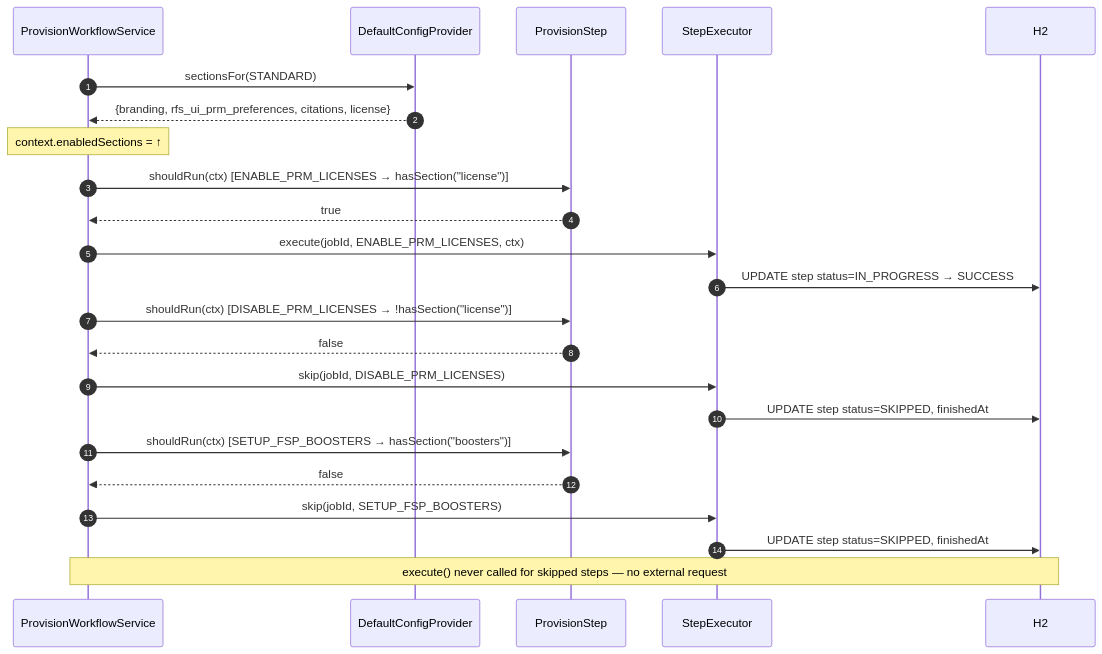
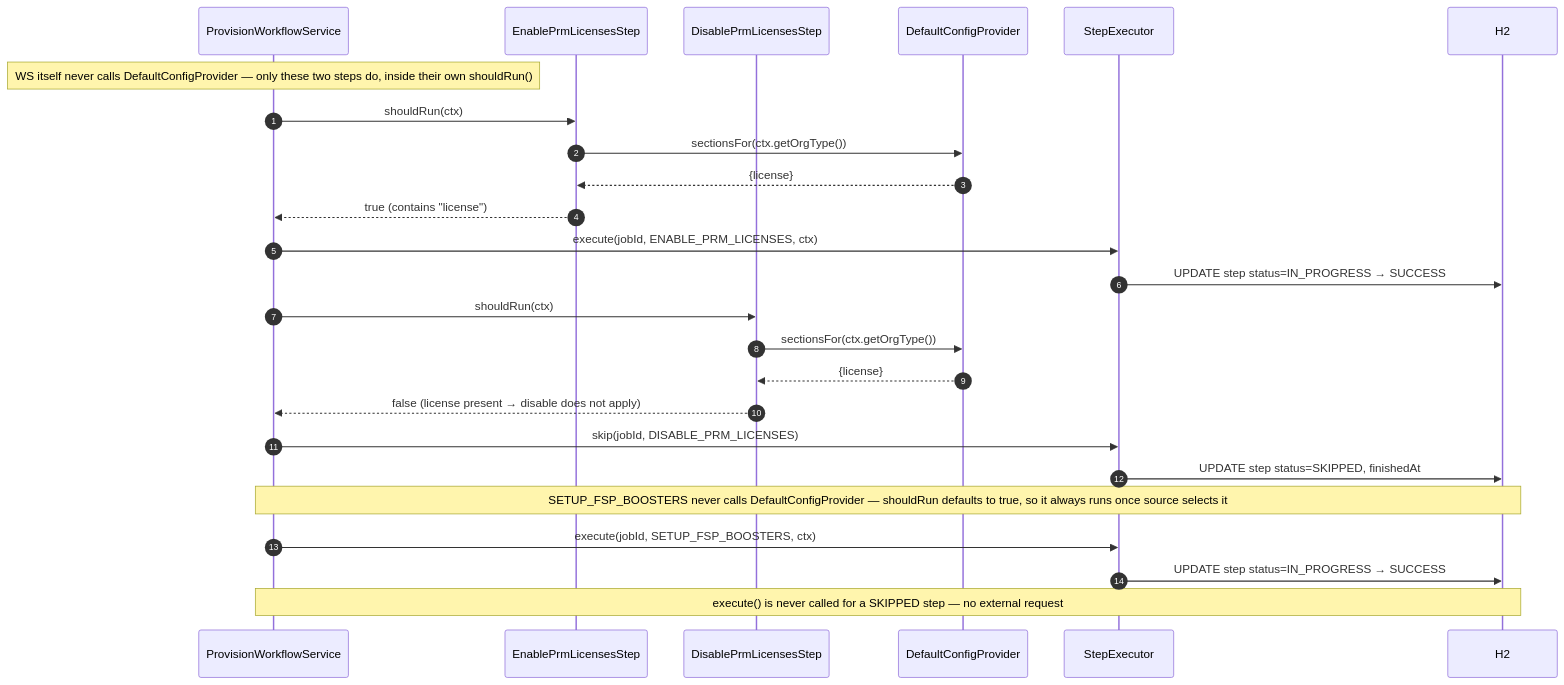
One commit to bora-arch/create-org-poc changed the eighth of 9 diagrams in docs/diagrams.md. Above: the diagram before and after it, drawn with Mermaid. The commit also changed other lines of this file and 19 other files, not shown here.

````diff
--- a/docs/diagrams.md
+++ b/docs/diagrams.md
@@ -374,29 +381,31 @@
 ```mermaid
 sequenceDiagram
     autonumber
     participant WS as ProvisionWorkflowService
+    participant Enable as EnablePrmLicensesStep
+    participant Disable as DisablePrmLicensesStep
     participant CFG as DefaultConfigProvider
-    participant Step as ProvisionStep
     participant SE as StepExecutor
     participant DB as H2
 
-    WS->>CFG: sectionsFor(STANDARD)
-    CFG-->>WS: {branding, rfs_ui_prm_preferences, citations, license}
-    Note over WS: context.enabledSections = ↑
+    Note over WS: WS itself never calls DefaultConfigProvider — only these two steps do, inside their own shouldRun()
 
-    WS->>Step: shouldRun(ctx)  [ENABLE_PRM_LICENSES → hasSection("license")]
-    Step-->>WS: true
+    WS->>Enable: shouldRun(ctx)
+    Enable->>CFG: sectionsFor(ctx.getOrgType())
+    CFG-->>Enable: {license}
+    Enable-->>WS: true  (contains "license")
     WS->>SE: execute(jobId, ENABLE_PRM_LICENSES, ctx)
     SE->>DB: UPDATE step status=IN_PROGRESS → SUCCESS
 
-    WS->>Step: shouldRun(ctx)  [DISABLE_PRM_LICENSES → !hasSection("license")]
-    Step-->>WS: false
+    WS->>Disable: shouldRun(ctx)
+    Disable->>CFG: sectionsFor(ctx.getOrgType())
+    CFG-->>Disable: {license}
+    Disable-->>WS: false  (license present → disable does not apply)
     WS->>SE: skip(jobId, DISABLE_PRM_LICENSES)
     SE->>DB: UPDATE step status=SKIPPED, finishedAt
 
-    WS->>Step: shouldRun(ctx)  [SETUP_FSP_BOOSTERS → hasSection("boosters")]
-    Step-->>WS: false
-    WS->>SE: skip(jobId, SETUP_FSP_BOOSTERS)
-    SE->>DB: UPDATE step status=SKIPPED, finishedAt
-    Note over WS,DB: execute() never called for skipped steps — no external request
+    Note over WS,DB: SETUP_FSP_BOOSTERS never calls DefaultConfigProvider — shouldRun defaults to true, so it always runs once source selects it
+    WS->>SE: execute(jobId, SETUP_FSP_BOOSTERS, ctx)
+    SE->>DB: UPDATE step status=IN_PROGRESS → SUCCESS
+    Note over WS,DB: execute() is never called for a SKIPPED step — no external request
 ```
````
